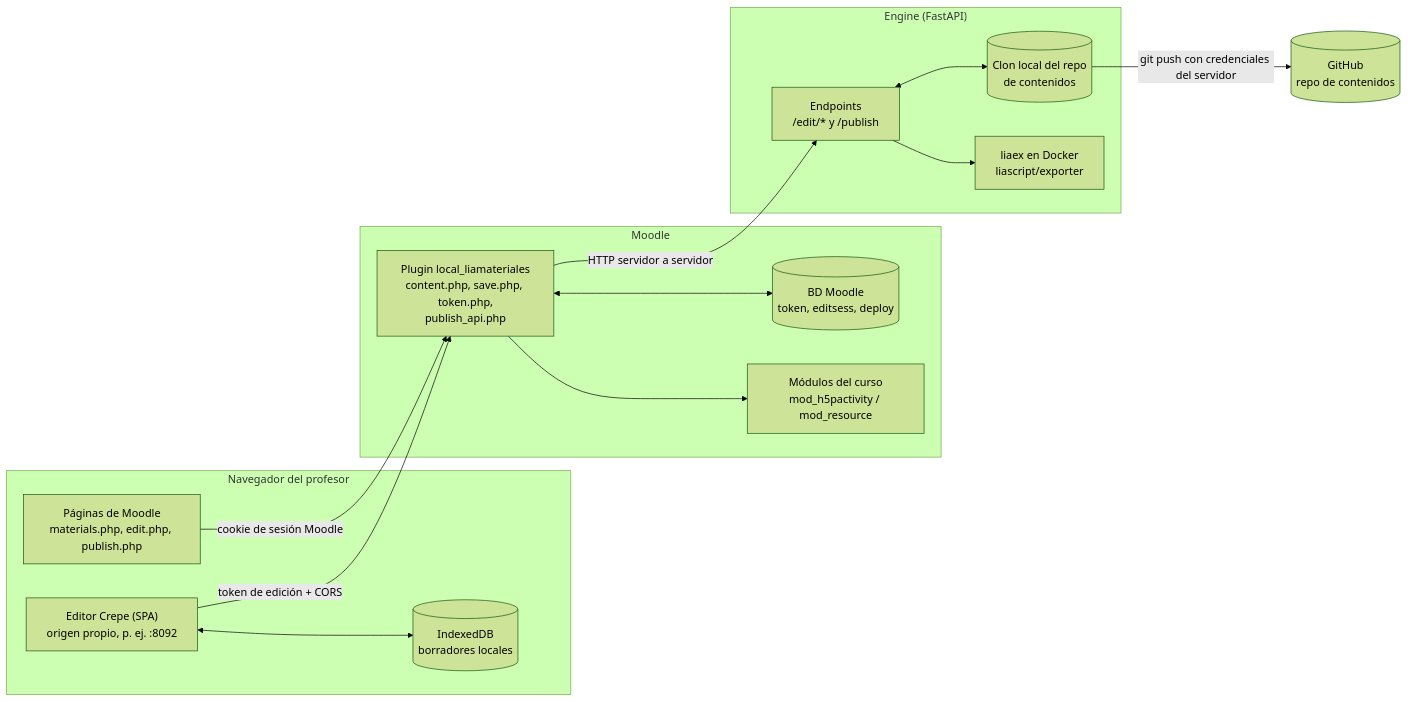
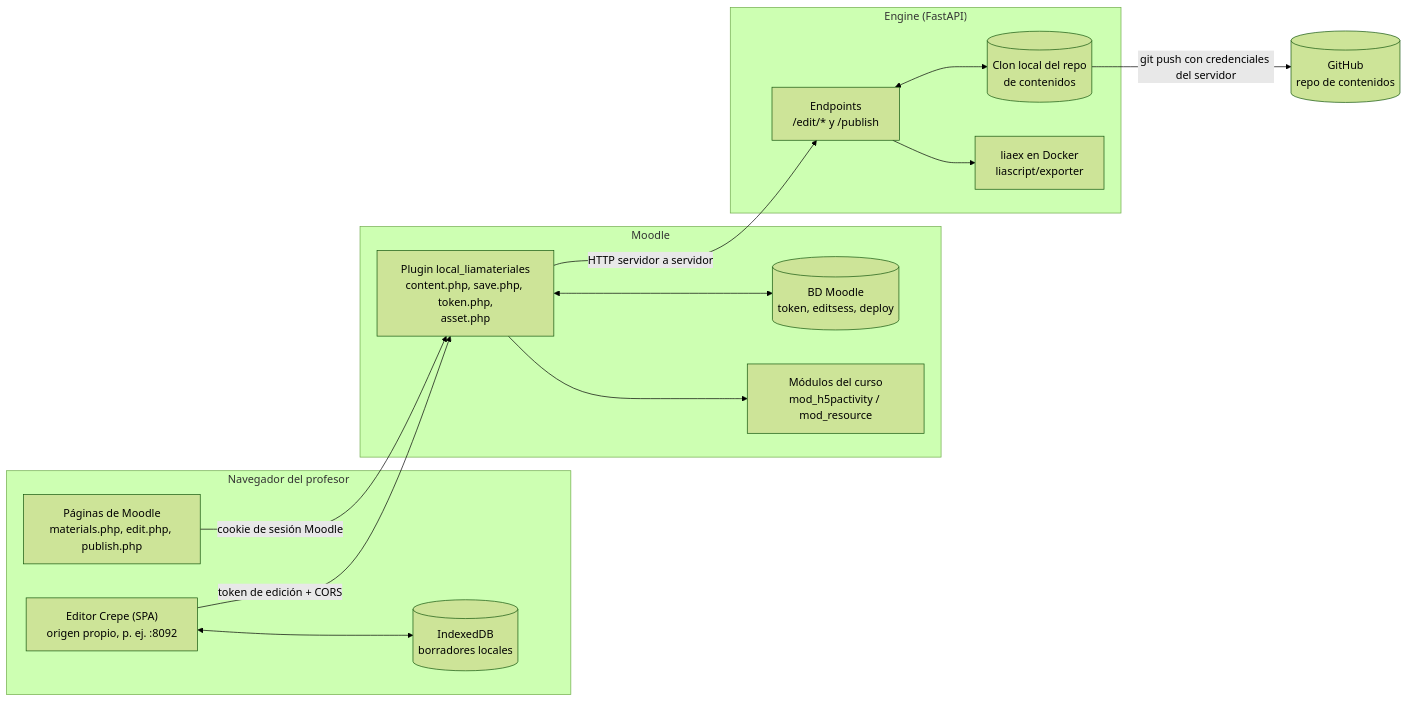
The first of 7 diagrams in docs/Flujos de datos — plugin, engine y editor.md (darioaxel/moodle-liaeditor-git), drawn with Mermaid (forest theme) before and after one commit. The commit also changed other lines of this file and 13 other files, not shown here.

First line of the commit message:
Publicar solo desde el plugin: retirado publish_api.php (2.8.0)

````diff
--- a/docs/Flujos de datos — plugin, engine y editor.md
+++ b/docs/Flujos de datos — plugin, engine y editor.md
@@ -12,32 +12,32 @@
 ```mermaid
 flowchart LR
     subgraph NAV["Navegador del profesor"]
         UI["Páginas de Moodle<br/>materials.php, edit.php, publish.php"]
         ED["Editor Crepe (SPA)<br/>origen propio, p. ej. :8092"]
         IDB[("IndexedDB<br/>borradores locales")]
     end
 
     subgraph MOODLE["Moodle"]
-        PL["Plugin local_liamateriales<br/>content.php, save.php, token.php,<br/>publish_api.php"]
+        PL["Plugin local_liamateriales<br/>content.php, save.php, token.php,<br/>asset.php"]
         DB[("BD Moodle<br/>token, editsess, deploy")]
         MOD["Módulos del curso<br/>mod_h5pactivity / mod_resource"]
     end
 
     subgraph ENG["Engine (FastAPI)"]
         API["Endpoints<br/>/edit/* y /publish"]
         REPO[("Clon local del repo<br/>de contenidos")]
         LIAEX["liaex en Docker<br/>liascript/exporter"]
     end
 
     GH[("GitHub<br/>repo de contenidos")]
 
     UI -- "cookie de sesión Moodle" --> PL
     ED -- "token de edición + CORS" --> PL
     ED <--> IDB
     PL <--> DB
     PL --> MOD
     PL -- "HTTP servidor a servidor" --> API
     API <--> REPO
     API --> LIAEX
     REPO -- "git push con credenciales del servidor" --> GH
 ```
````
